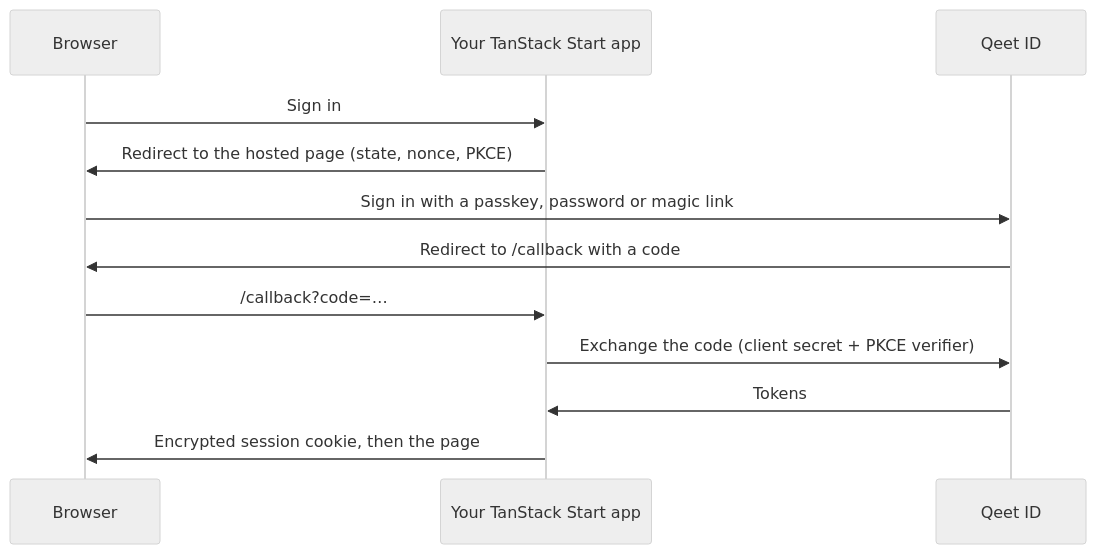
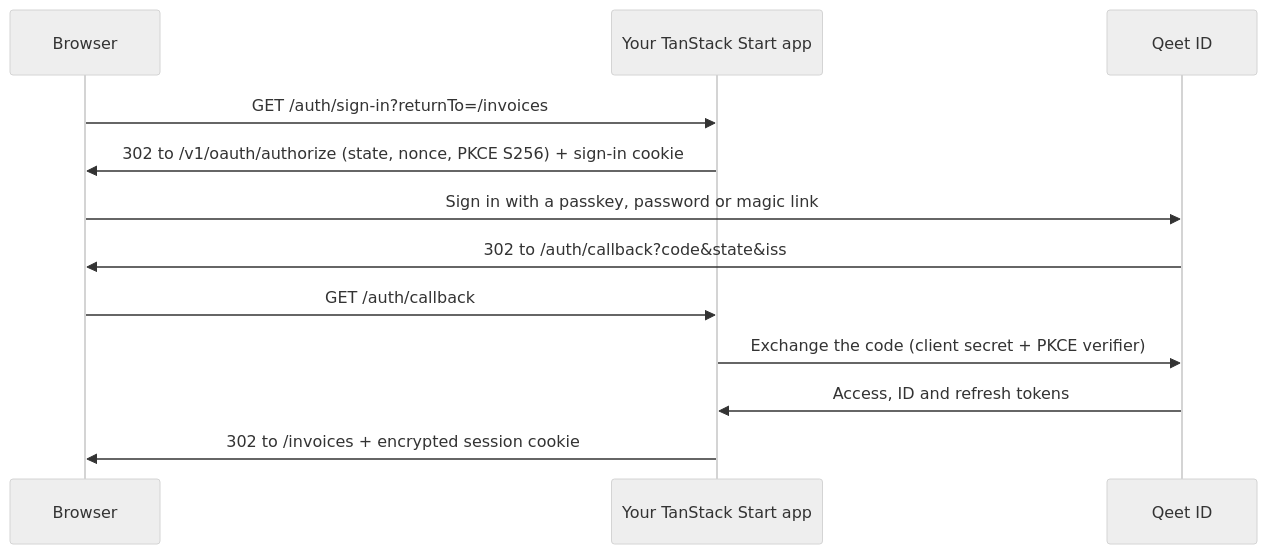
One commit to qeetgroup/qeet-id-tanstack changed the second of 2 diagrams in README.md. Above: the diagram before and after it, drawn with Mermaid (neutral theme). The commit also changed other lines of this file and 1 other file, not shown here.

````diff
--- a/README.md
+++ b/README.md
@@ -42,14 +66,14 @@
 ```mermaid
 sequenceDiagram
     participant B as Browser
     participant A as Your TanStack Start app
     participant Q as Qeet ID
-    B->>A: Sign in
-    A->>B: Redirect to the hosted page (state, nonce, PKCE)
+    B->>A: GET /auth/sign-in?returnTo=/invoices
+    A->>B: 302 to /v1/oauth/authorize (state, nonce, PKCE S256) + sign-in cookie
     B->>Q: Sign in with a passkey, password or magic link
-    Q->>B: Redirect to /callback with a code
-    B->>A: /callback?code=…
+    Q->>B: 302 to /auth/callback?code&state&iss
+    B->>A: GET /auth/callback
     A->>Q: Exchange the code (client secret + PKCE verifier)
-    Q->>A: Tokens
-    A->>B: Encrypted session cookie, then the page
+    Q->>A: Access, ID and refresh tokens
+    A->>B: 302 to /invoices + encrypted session cookie
 ```
````
